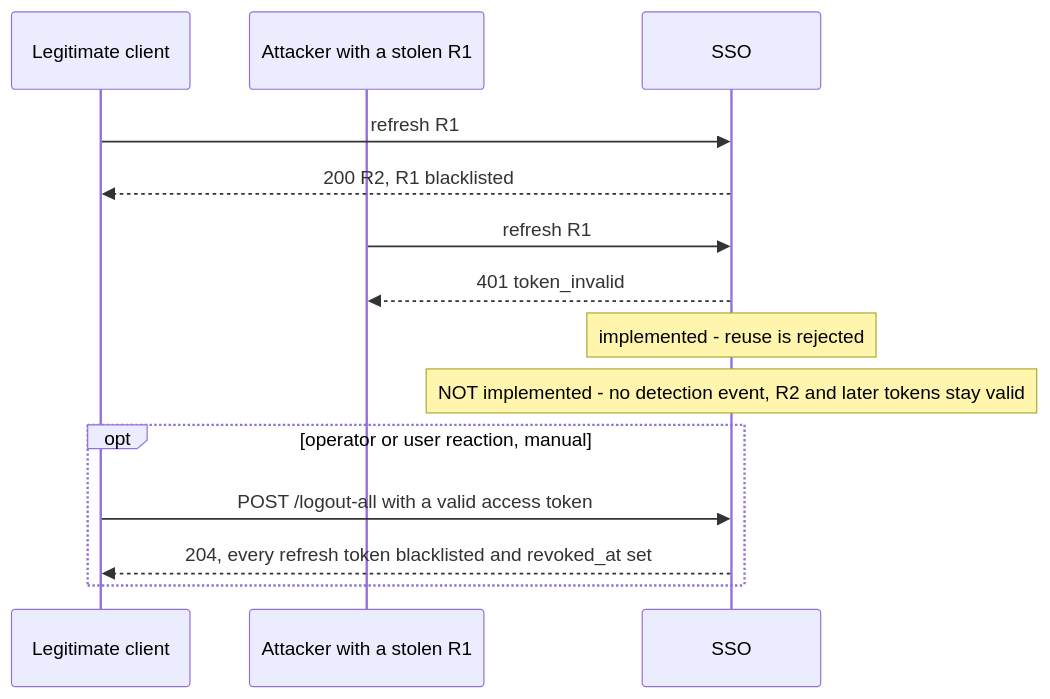
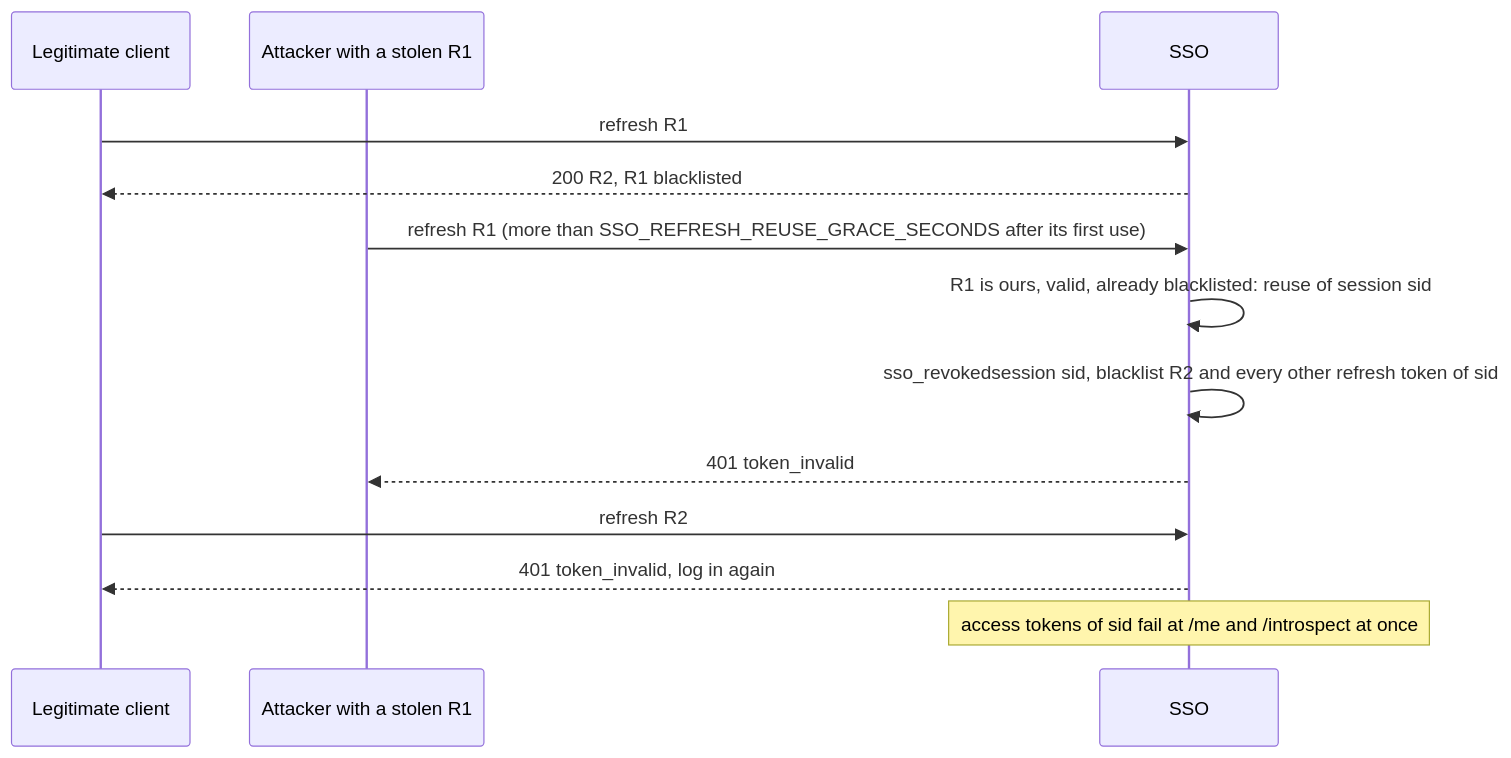
One commit to Neural-Matrix-LLC/SSO-server changed diagram 22 of 33 in docs/ARCHITECTURE.md. Above: the diagram before and after it, drawn with Mermaid. The commit also changed other lines of this file and 5 other files, not shown here.

Commit message:
docs: v1.2a as built, library/proxy decisions, API manual, architecture, README

````diff
--- a/docs/ARCHITECTURE.md
+++ b/docs/ARCHITECTURE.md
@@ -810,16 +823,15 @@
 ```mermaid
 sequenceDiagram
   participant U as Legitimate client
   participant X as Attacker with a stolen R1
   participant S as SSO
   U->>S: refresh R1
   S-->>U: 200 R2, R1 blacklisted
-  X->>S: refresh R1
+  X->>S: refresh R1 (more than SSO_REFRESH_REUSE_GRACE_SECONDS after its first use)
+  S->>S: R1 is ours, valid, already blacklisted: reuse of session sid
+  S->>S: sso_revokedsession sid, blacklist R2 and every other refresh token of sid
   S-->>X: 401 token_invalid
-  Note over S: implemented - reuse is rejected
-  Note over S: NOT implemented - no detection event, R2 and later tokens stay valid
-  opt operator or user reaction, manual
-    U->>S: POST /logout-all with a valid access token
-    S-->>U: 204, every refresh token blacklisted and revoked_at set
-  end
+  U->>S: refresh R2
+  S-->>U: 401 token_invalid, log in again
+  Note over S: access tokens of sid fail at /me and /introspect at once
 ```
````
